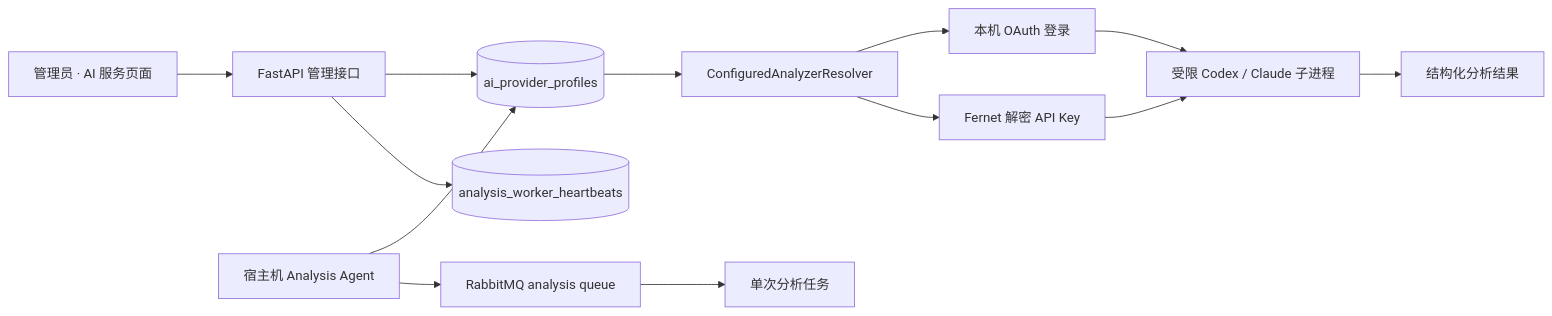
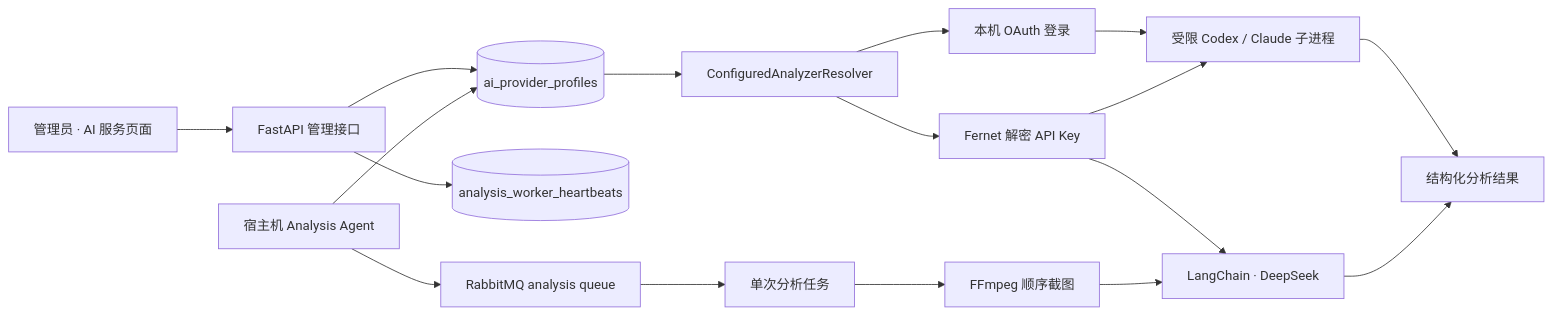
Before and after one commit to StephenQiu30/video-server: the diagram in docs/design/022-跨平台AI分析Agent与模型Provider配置设计.md, drawn with Mermaid. The commit also changed other lines of this file and 84 other files, not shown here.

Commit message:
feat: 接入 Web DeepSeek 并移除浏览器会话依赖

````diff
--- a/docs/design/022-跨平台AI分析Agent与模型Provider配置设计.md
+++ b/docs/design/022-跨平台AI分析Agent与模型Provider配置设计.md
@@ -20,15 +21,19 @@
 ```mermaid
 flowchart LR
     ADMIN["管理员 · AI 服务页面"] --> API["FastAPI 管理接口"]
     API --> DB[("ai_provider_profiles")]
     API --> HEARTBEAT[("analysis_worker_heartbeats")]
     AGENT["宿主机 Analysis Agent"] --> DB
     AGENT --> MQ["RabbitMQ analysis queue"]
     MQ --> JOB["单次分析任务"]
     DB --> RESOLVER["ConfiguredAnalyzerResolver"]
     RESOLVER --> HOST["本机 OAuth 登录"]
     RESOLVER --> SECRET["Fernet 解密 API Key"]
     HOST --> CLI["受限 Codex / Claude 子进程"]
     SECRET --> CLI
+    SECRET --> DS["LangChain · DeepSeek"]
+    JOB --> FRAME["FFmpeg 顺序截图"]
+    FRAME --> DS
     CLI --> RESULT["结构化分析结果"]
+    DS --> RESULT
 ```
````
